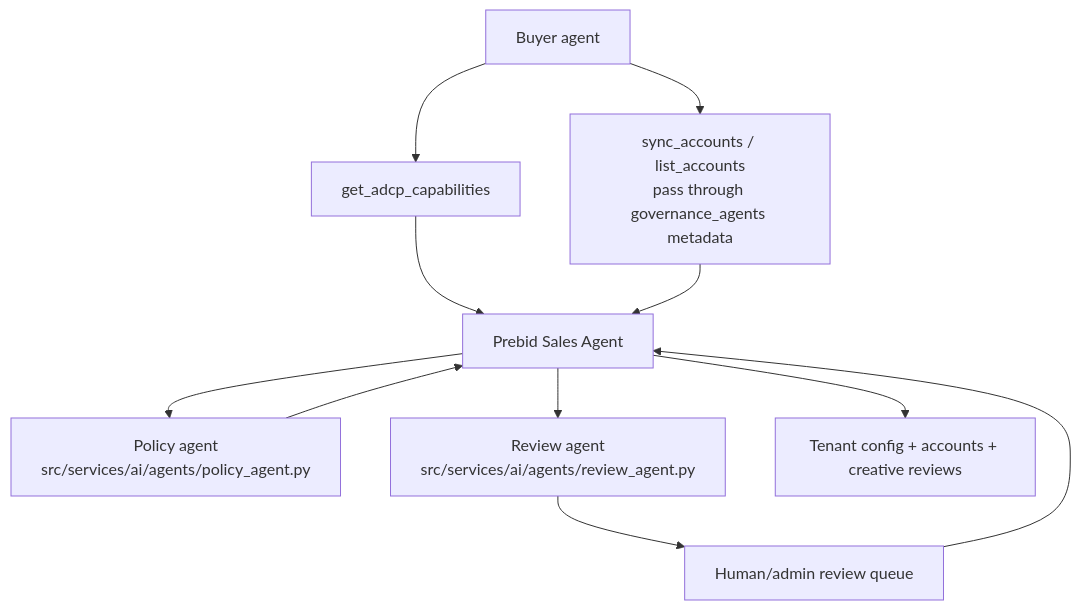
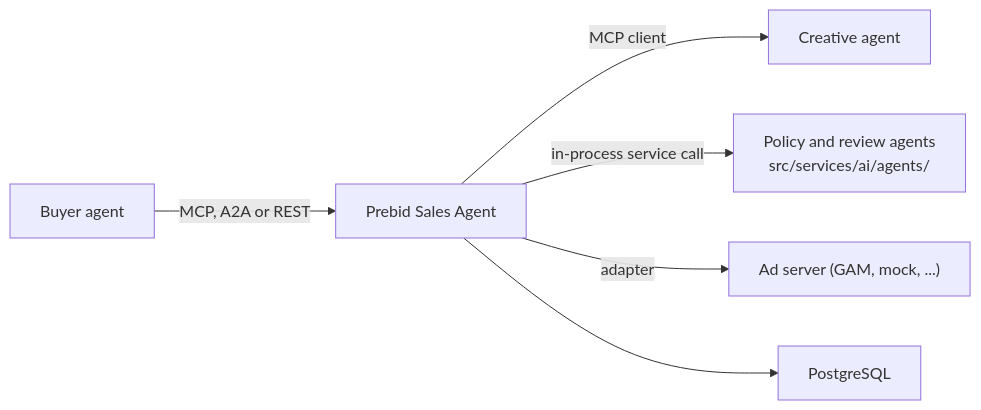
Before and after one commit to KonstantinMirin/prebid-salesagent: the second of 3 diagrams in docs/development/a2a-mcp-agent-flows.md, drawn with Mermaid. The commit also changed other lines of this file and 43 other files, not shown here.

First line of the commit message:
docs: rewrite the design documentation for the boundary architecture

````diff
--- a/docs/development/a2a-mcp-agent-flows.md
+++ b/docs/development/a2a-mcp-agent-flows.md
@@ -147,24 +198,8 @@
 ```mermaid
-flowchart TD
-    Buyer["Buyer agent"]
-    Cap["get_adcp_capabilities"]
-    Accounts["sync_accounts / list_accounts\npass through governance_agents metadata"]
-    Sales["Prebid Sales Agent"]
-    Policy["Policy agent\nsrc/services/ai/agents/policy_agent.py"]
-    Review["Review agent\nsrc/services/ai/agents/review_agent.py"]
-    Human["Human/admin review queue"]
-    DB["Tenant config + accounts + creative reviews"]
-
-    Buyer --> Cap
-    Buyer --> Accounts
-
-    Cap --> Sales
-    Accounts --> Sales
-
-    Sales --> DB
-    Sales --> Policy
-    Sales --> Review
-    Review --> Human
-    Policy --> Sales
-    Human --> Sales
+flowchart LR
+    Buyer["Buyer agent"] -->|MCP, A2A or REST| Sales["Prebid Sales Agent"]
+    Sales -->|MCP client| Creative["Creative agent"]
+    Sales -->|in-process service call| Gov["Policy and review agents\nsrc/services/ai/agents/"]
+    Sales -->|adapter| AdServer["Ad server (GAM, mock, ...)"]
+    Sales --> DB["PostgreSQL"]
 ```
````
